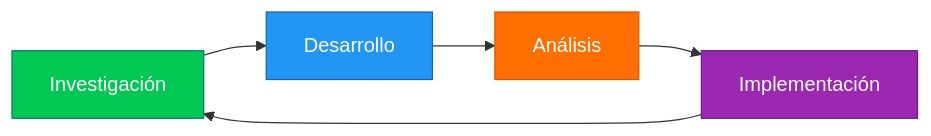
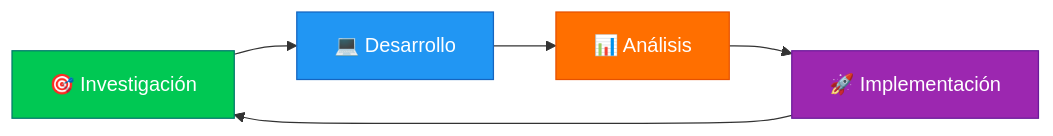
Before and after one commit to algobea/GeoNexus: the diagram in README.md, drawn with Mermaid. The commit also changed other lines of this file, not shown here.

````diff
--- a/README.md
+++ b/README.md
@@ -26,11 +26,11 @@
 ```mermaid
 graph LR
-    A[Investigación] --> B[Desarrollo]
-    B --> C[Análisis]
-    C --> D[Implementación]
+    A[🎯 Investigación] --> B[💻 Desarrollo]
+    B --> C[📊 Análisis]
+    C --> D[🚀 Implementación]
     D --> A
     style A fill:#00C853,stroke:#00796B,color:#fff
     style B fill:#2196F3,stroke:#1565C0,color:#fff
     style C fill:#FF6F00,stroke:#E65100,color:#fff
     style D fill:#9C27B0,stroke:#6A1B9A,color:#fff
 ```
````
